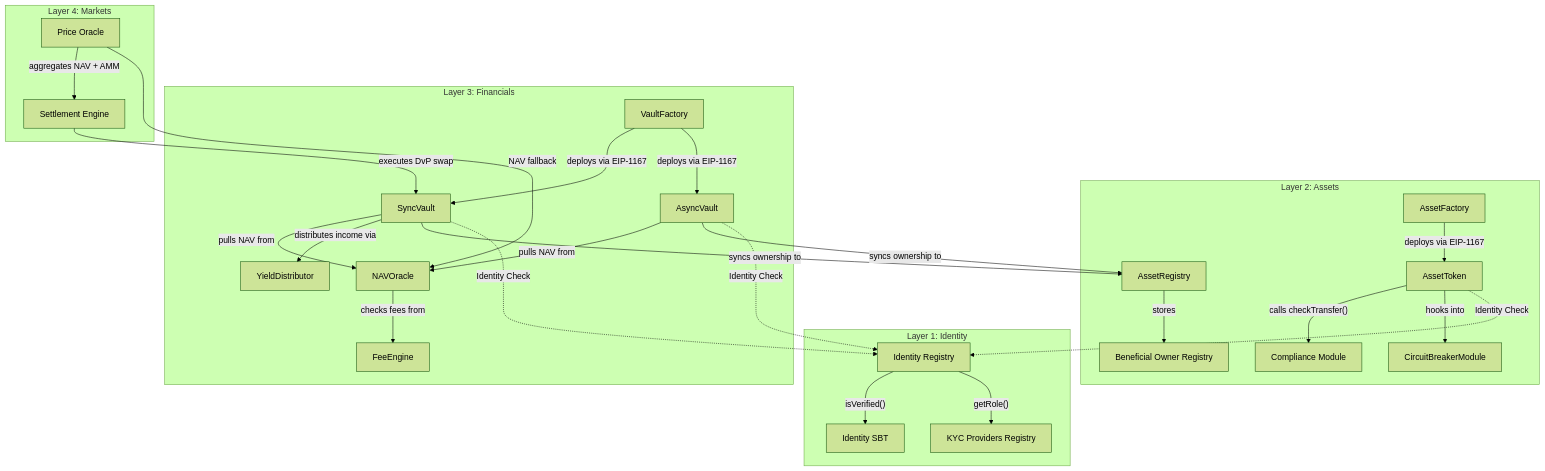
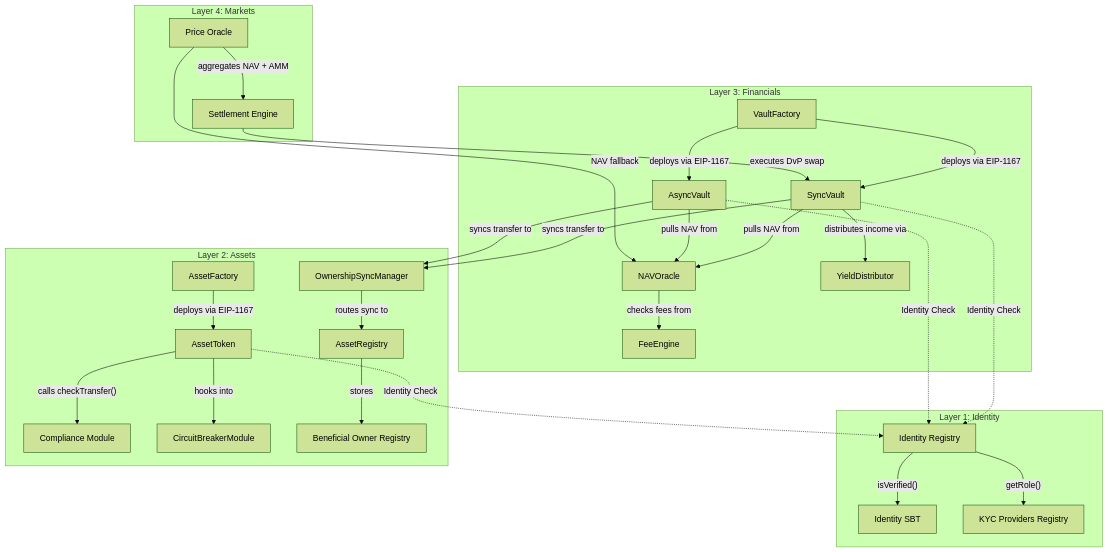
Before and after one commit to Fathimaath/CRATS-Protocol: the first of 3 diagrams in CRATS_Protocol_Specification.md, drawn with Mermaid (forest theme). The commit also changed other lines of this file and 43 other files, not shown here.

````diff
--- a/CRATS_Protocol_Specification.md
+++ b/CRATS_Protocol_Specification.md
@@ -85,35 +85,36 @@
 ```mermaid
 graph TD
     subgraph "Layer 1: Identity"
         IR[Identity Registry] -->|"isVerified()"| SBT[Identity SBT]
         IR -->|"getRole()"| KR[KYC Providers Registry]
     end
 
     subgraph "Layer 2: Assets"
         AF[AssetFactory] -->|"deploys via EIP-1167"| AT[AssetToken]
         AT -->|"calls checkTransfer()"| CM[Compliance Module]
         AT -->|"hooks into"| CB[CircuitBreakerModule]
         AR[AssetRegistry] -->|"stores"| BOR[Beneficial Owner Registry]
+        OSM[OwnershipSyncManager] -->|"routes sync to"| AR
     end
 
     subgraph "Layer 3: Financials"
         VF[VaultFactory] -->|"deploys via EIP-1167"| SV[SyncVault]
         VF -->|"deploys via EIP-1167"| AV[AsyncVault]
         SV -->|"pulls NAV from"| NO[NAVOracle]
         AV -->|"pulls NAV from"| NO
         NO -->|"checks fees from"| FE[FeeEngine]
         SV -->|"distributes income via"| YD[YieldDistributor]
-        SV -->|"syncs ownership to"| AR
-        AV -->|"syncs ownership to"| AR
+        SV -->|"syncs transfer to"| OSM
+        AV -->|"syncs transfer to"| OSM
     end
 
     subgraph "Layer 4: Markets"
         SE[Settlement Engine] -->|"executes DvP swap"| SV
         PO[Price Oracle] -->|"aggregates NAV + AMM"| SE
         PO -->|"NAV fallback"| NO
     end
 
     SV -.->|Identity Check| IR
     AV -.->|Identity Check| IR
     AT -.->|Identity Check| IR
 ```
````
